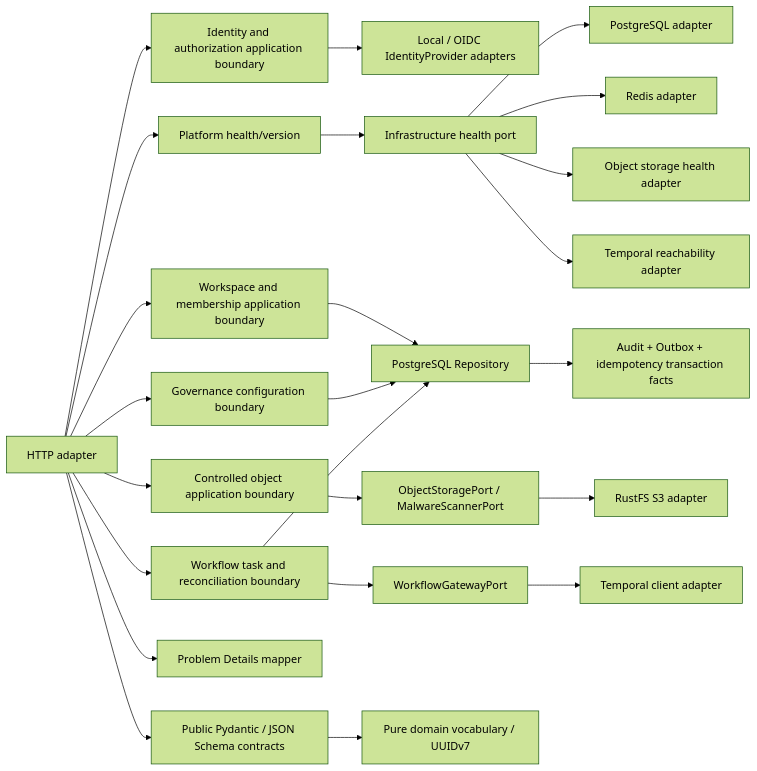
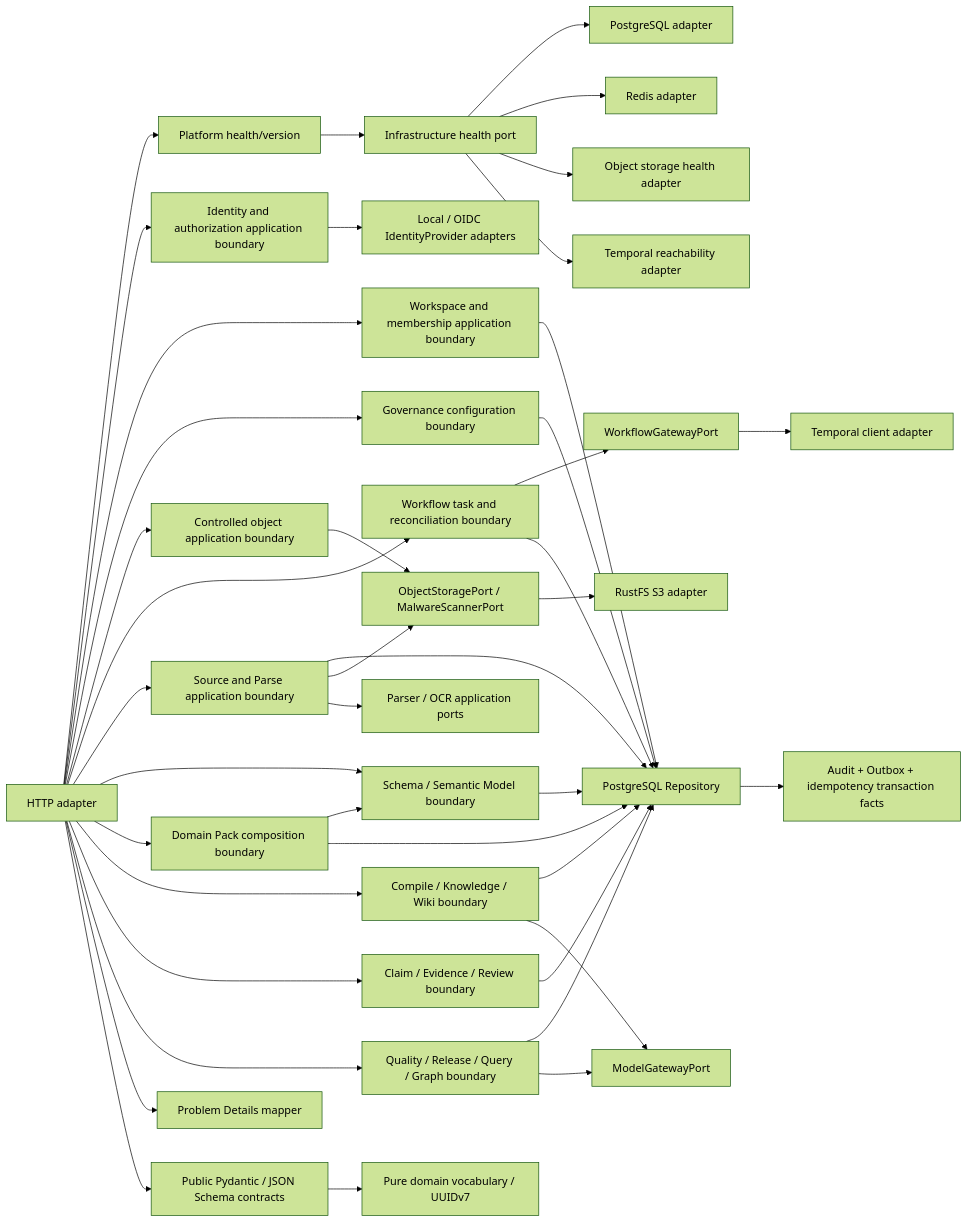
Before and after one commit to yingerfeng-cloud/NEXWEAVE: the third of 4 diagrams in docs/architecture/C4_COMPONENT_BASELINE.md, drawn with Mermaid (forest theme). The commit also changed other lines of this file and 399 other files, not shown here.

````diff
--- a/docs/architecture/C4_COMPONENT_BASELINE.md
+++ b/docs/architecture/C4_COMPONENT_BASELINE.md
@@ -42,26 +42,43 @@
 ```mermaid
 flowchart LR
   Routes[HTTP adapter] --> Platform[Platform health/version]
   Routes --> Identity[Identity and authorization application boundary]
   Routes --> Workspace[Workspace and membership application boundary]
   Routes --> Governance[Governance configuration boundary]
   Routes --> Objects[Controlled object application boundary]
   Routes --> Tasks[Workflow task and reconciliation boundary]
+  Routes --> Sources[Source and Parse application boundary]
+  Routes --> Schema[Schema / Semantic Model boundary]
+  Routes --> Packs[Domain Pack composition boundary]
+  Routes --> Compile[Compile / Knowledge / Wiki boundary]
+  Routes --> Review[Claim / Evidence / Review boundary]
+  Routes --> Release[Quality / Release / Query / Graph boundary]
   Routes --> Error[Problem Details mapper]
   Identity --> IdP[Local / OIDC IdentityProvider adapters]
   Workspace --> Repo[PostgreSQL Repository]
   Governance --> Repo
   Objects --> ObjectPort[ObjectStoragePort / MalwareScannerPort]
   Tasks --> WorkflowPort[WorkflowGatewayPort]
   WorkflowPort --> TemporalAdapter[Temporal client adapter]
   Tasks --> Repo
+  Sources --> Repo
+  Sources --> ObjectPort
+  Sources --> ParserPort[Parser / OCR application ports]
+  Schema --> Repo
+  Packs --> Schema
+  Packs --> Repo
+  Compile --> Repo
+  Compile --> ModelPort[ModelGatewayPort]
+  Review --> Repo
+  Release --> Repo
+  Release --> ModelPort
   ObjectPort --> S3[RustFS S3 adapter]
   Repo --> Audit[Audit + Outbox + idempotency transaction facts]
   Platform --> Probe[Infrastructure health port]
   Probe --> PG[PostgreSQL adapter]
   Probe --> R[Redis adapter]
   Probe --> O[Object storage health adapter]
   Probe --> T[Temporal reachability adapter]
   Routes --> Contracts[Public Pydantic / JSON Schema contracts]
   Contracts --> Domain[Pure domain vocabulary / UUIDv7]
 ```
````
